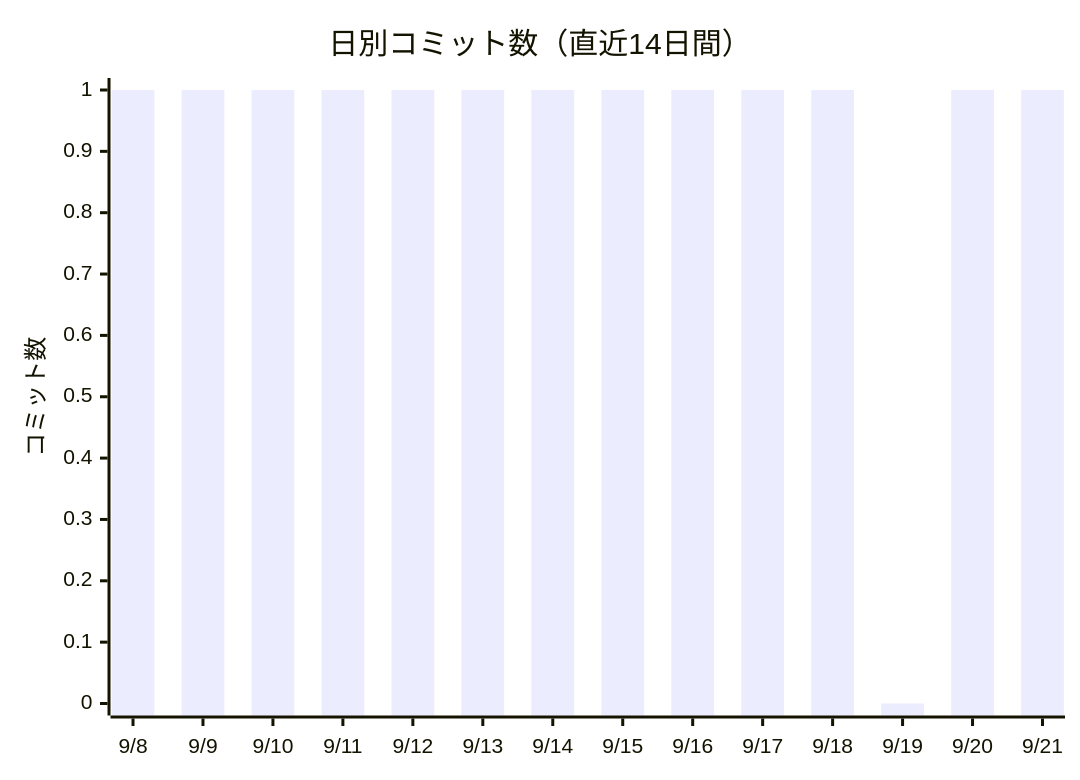
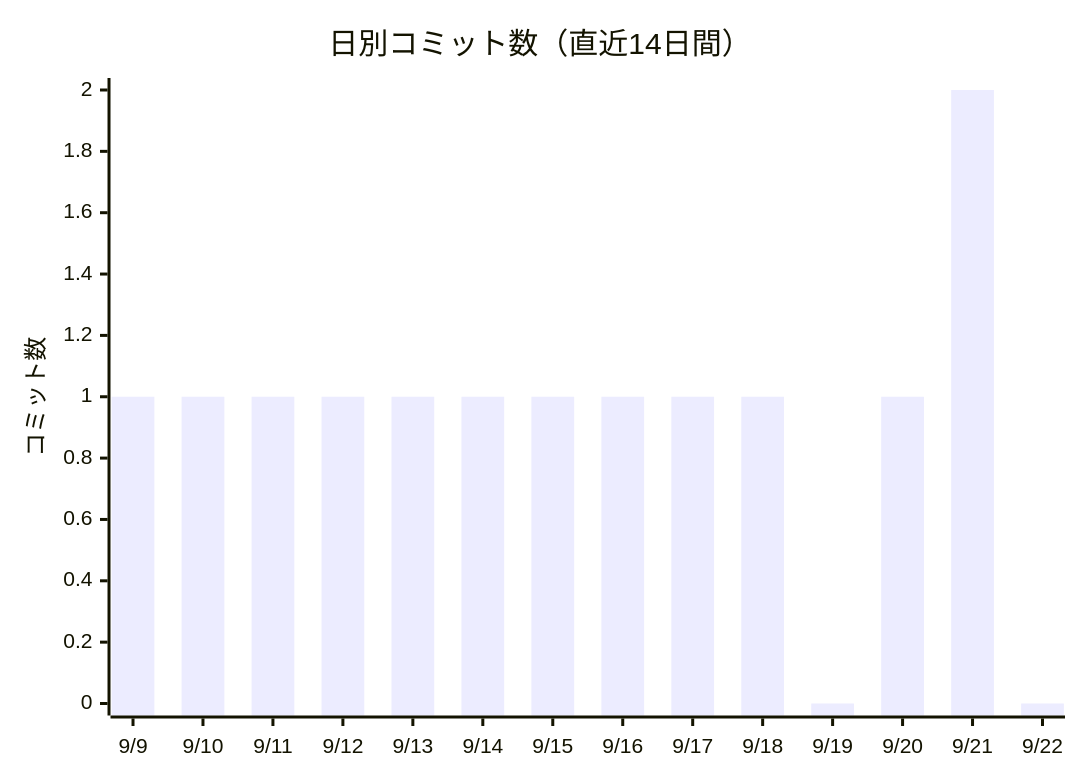
The first of 2 diagrams in docs/進化レポート.md (non-x2/non-x2), drawn with Mermaid before and after one commit. The commit also changed other lines of this file and 1 other file, not shown here.

````diff
--- a/docs/進化レポート.md
+++ b/docs/進化レポート.md
@@ -23,7 +23,7 @@
 ```mermaid
 xychart-beta
     title "日別コミット数（直近14日間）"
-    x-axis ["9/8", "9/9", "9/10", "9/11", "9/12", "9/13", "9/14", "9/15", "9/16", "9/17", "9/18", "9/19", "9/20", "9/21"]
+    x-axis ["9/9", "9/10", "9/11", "9/12", "9/13", "9/14", "9/15", "9/16", "9/17", "9/18", "9/19", "9/20", "9/21", "9/22"]
     y-axis "コミット数"
-    bar [1, 1, 1, 1, 1, 1, 1, 1, 1, 1, 1, 0, 1, 1]
+    bar [1, 1, 1, 1, 1, 1, 1, 1, 1, 1, 0, 1, 2, 0]
 ```
````
